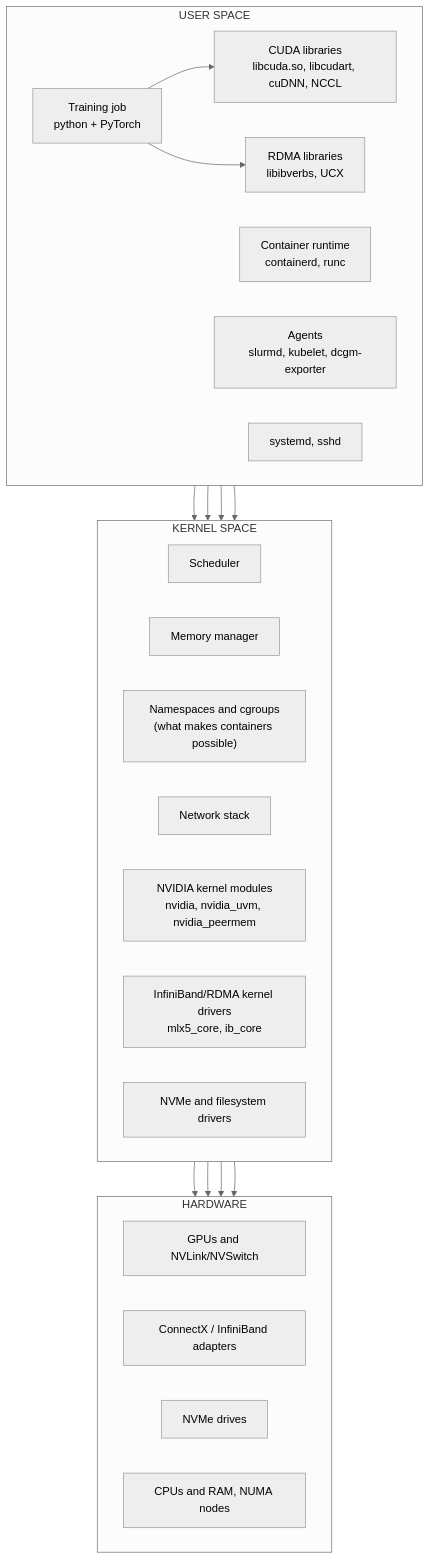
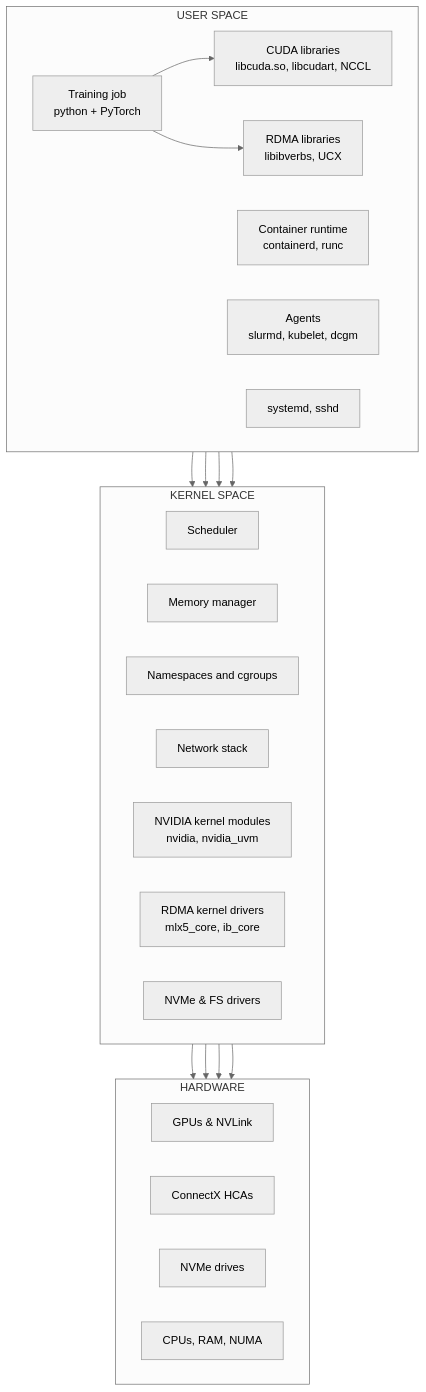
Before and after one commit to jithinpnjm/ai-infra-handbook: the fifth of 5 diagrams in docs/part-01-linux/01-the-linux-big-picture-kernel-userspace-distributions.md, drawn with Mermaid (neutral theme). The commit also changed other lines of this file and 11 other files, not shown here.

````diff
--- a/docs/part-01-linux/01-the-linux-big-picture-kernel-userspace-distributions.md
+++ b/docs/part-01-linux/01-the-linux-big-picture-kernel-userspace-distributions.md
@@ -311,37 +340,37 @@
 ```mermaid
 flowchart TB
   subgraph US["USER SPACE"]
     direction LR
     JOB["Training job<br/>python + PyTorch"]
-    CUDA["CUDA libraries<br/>libcuda.so, libcudart, cuDNN, NCCL"]
+    CUDA["CUDA libraries<br/>libcuda.so, libcudart, NCCL"]
     RDMA["RDMA libraries<br/>libibverbs, UCX"]
     CTR["Container runtime<br/>containerd, runc"]
-    AGENT["Agents<br/>slurmd, kubelet, dcgm-exporter"]
+    AGENT["Agents<br/>slurmd, kubelet, dcgm"]
     SYSD["systemd, sshd"]
   end
   subgraph KS["KERNEL SPACE"]
     direction LR
     SCH["Scheduler"]
     VM["Memory manager"]
-    NSCG["Namespaces and cgroups<br/>(what makes containers possible)"]
+    NSCG["Namespaces and cgroups"]
     NETK["Network stack"]
-    NVK["NVIDIA kernel modules<br/>nvidia, nvidia_uvm, nvidia_peermem"]
-    IBK["InfiniBand/RDMA kernel drivers<br/>mlx5_core, ib_core"]
-    NVMEK["NVMe and filesystem drivers"]
+    NVK["NVIDIA kernel modules<br/>nvidia, nvidia_uvm"]
+    IBK["RDMA kernel drivers<br/>mlx5_core, ib_core"]
+    NVMEK["NVMe & FS drivers"]
   end
   subgraph HW["HARDWARE"]
     direction LR
-    G["GPUs and NVLink/NVSwitch"]
-    H["ConnectX / InfiniBand adapters"]
+    G["GPUs & NVLink"]
+    H["ConnectX HCAs"]
     N["NVMe drives"]
-    CPUs["CPUs and RAM, NUMA nodes"]
+    CPUs["CPUs, RAM, NUMA"]
   end
   JOB --> CUDA --> NVK
   JOB --> RDMA --> IBK
   CTR --> NSCG
   AGENT --> NSCG
   NVK --> G
   IBK --> H
   NVMEK --> N
   SCH --> CPUs
 ```
````
